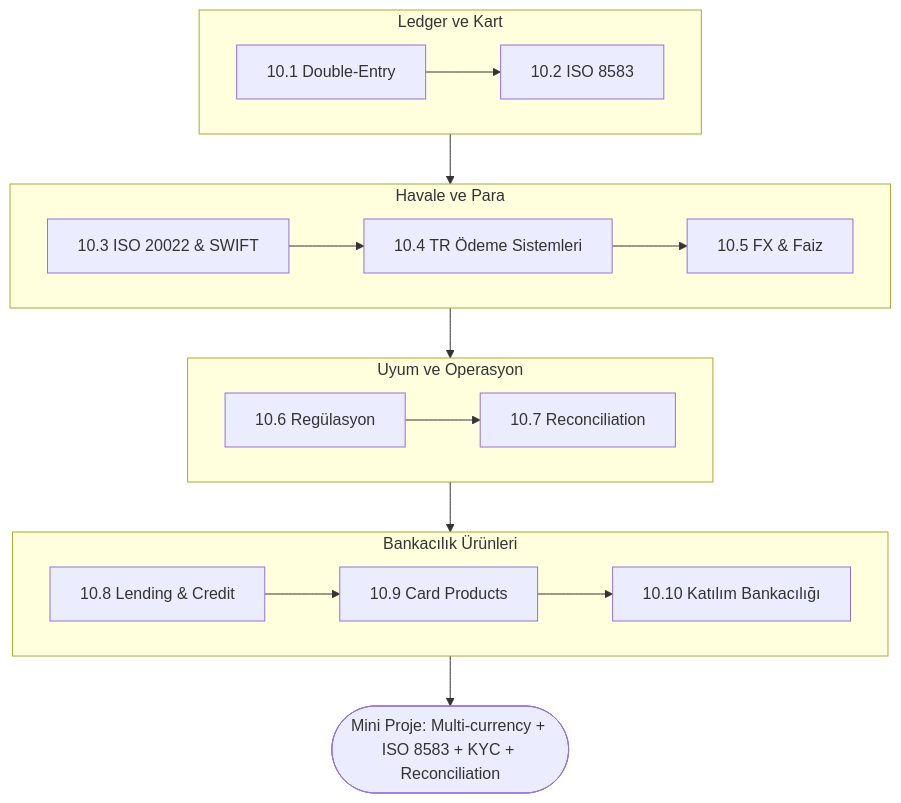
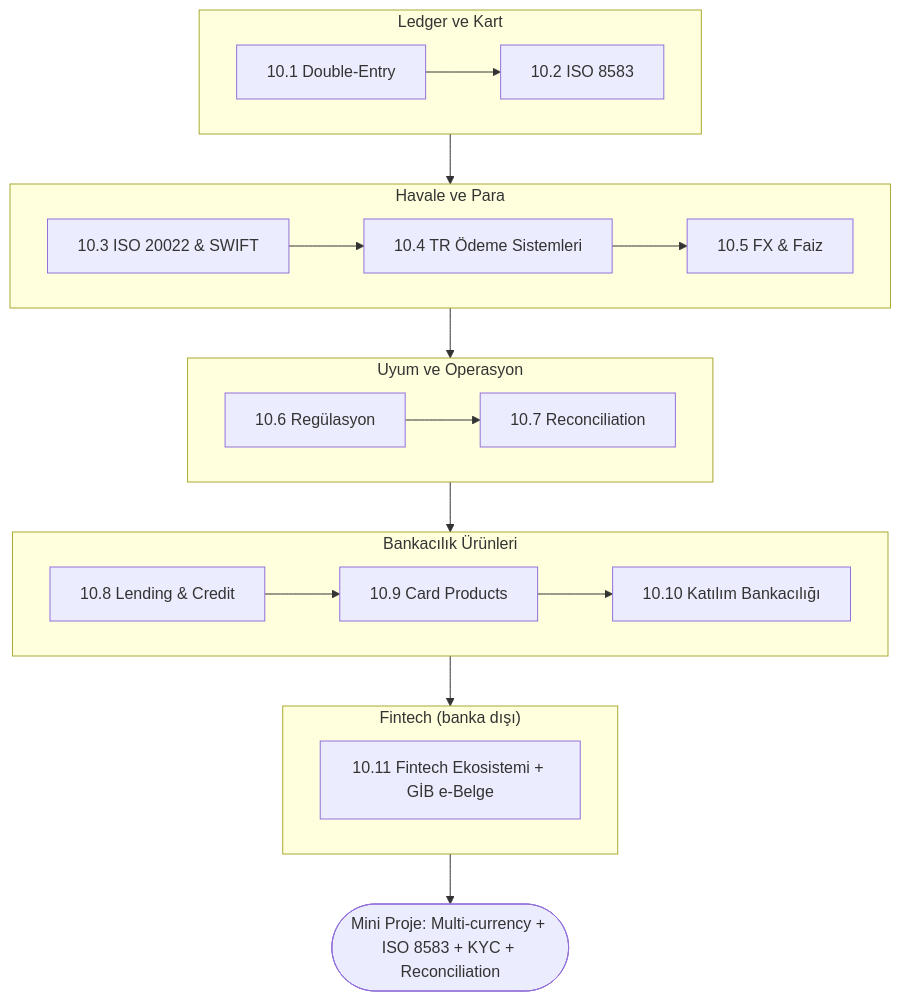
One commit to adraarda23/banking-learning changed the diagram in 10-domain/README.md. Above: the diagram before and after it, drawn with Mermaid. The commit also changed other lines of this file and 2 other files, not shown here.

Commit message:
Faz 10.11 (Fintech) topic: Ödeme Kuruluşları, Açık Bankacılık, GİB e-Belge
- Banka dışı fintech ekosistemi: ödeme/e-para kuruluşları (6493), açık bankacılık (AIS/PIS), merchant/POS/PSP
- GİB e-Belge detaylı: e-Fatura vs e-Arşiv, temel vs ticari fatura, UBL-TR 1.2, entegratör modelleri
- (Fintech) etiketiyle core-banking dışı olduğu belirtildi; 16 bölüm, 4 diyagram, 693 satır
- SUMMARY + domain kapağı (harita + tablo + Fintech notu) güncellendi
- 'modern ödeme ekosistemi' boşluğu da kapandı

````diff
--- a/10-domain/README.md
+++ b/10-domain/README.md
@@ -21,20 +21,24 @@
 ```mermaid
 flowchart TD
     subgraph Defter["Ledger ve Kart"]
         direction LR
         A["10.1 Double-Entry"] --> B["10.2 ISO 8583"]
     end
     subgraph Odeme["Havale ve Para"]
         direction LR
         C["10.3 ISO 20022 & SWIFT"] --> D["10.4 TR Ödeme Sistemleri"] --> E["10.5 FX & Faiz"]
     end
     subgraph Uyum["Uyum ve Operasyon"]
         direction LR
         F["10.6 Regülasyon"] --> G["10.7 Reconciliation"]
     end
     subgraph Urun["Bankacılık Ürünleri"]
         direction LR
         H["10.8 Lending & Credit"] --> I["10.9 Card Products"] --> J["10.10 Katılım Bankacılığı"]
     end
-    Defter --> Odeme --> Uyum --> Urun --> MP(["Mini Proje: Multi-currency + ISO 8583 + KYC + Reconciliation"])
+    subgraph Fintech["Fintech (banka dışı)"]
+        direction LR
+        K["10.11 Fintech Ekosistemi + GİB e-Belge"]
+    end
+    Defter --> Odeme --> Uyum --> Urun --> Fintech --> MP(["Mini Proje: Multi-currency + ISO 8583 + KYC + Reconciliation"])
 ```
````
